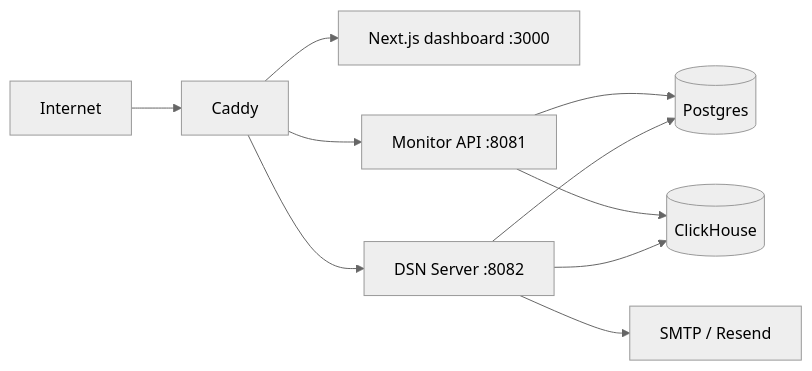
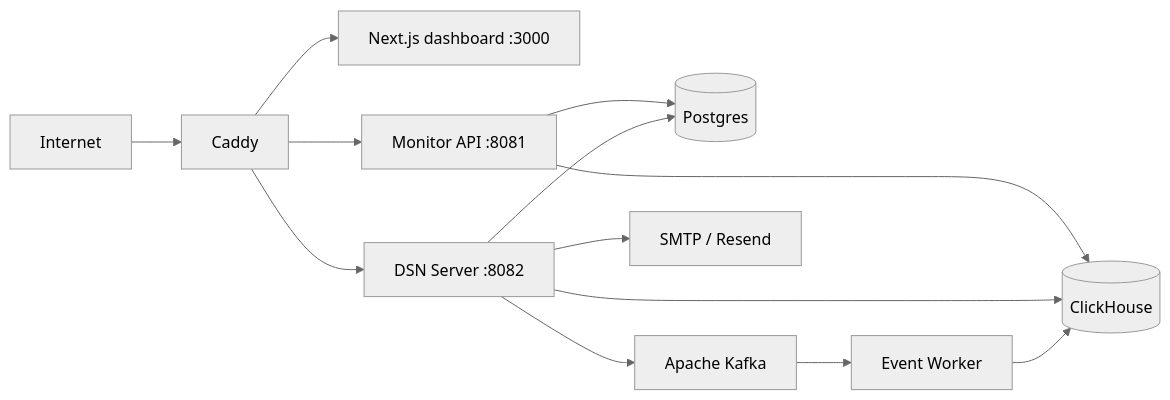
Before and after one commit to Lemonadeccc/condev-monitor: the diagram in DEPLOYMENT.md, drawn with Mermaid (neutral theme). The commit also changed other lines of this file and 5 other files, not shown here.

````diff
--- a/DEPLOYMENT.md
+++ b/DEPLOYMENT.md
@@ -33,13 +35,16 @@
 ```mermaid
 graph LR
     INTERNET[Internet]
     INTERNET --> CADDY[Caddy]
     CADDY --> FE[Next.js dashboard :3000]
     CADDY --> MON[Monitor API :8081]
     CADDY --> DSN[DSN Server :8082]
     MON --> PG[(Postgres)]
     MON --> CH[(ClickHouse)]
+    DSN --> KAFKA[Apache Kafka]
+    DSN --> PG
     DSN --> CH
-    DSN --> PG
     DSN --> MAIL[SMTP / Resend]
+    KAFKA --> WORKER[Event Worker]
+    WORKER --> CH
 ```
````
